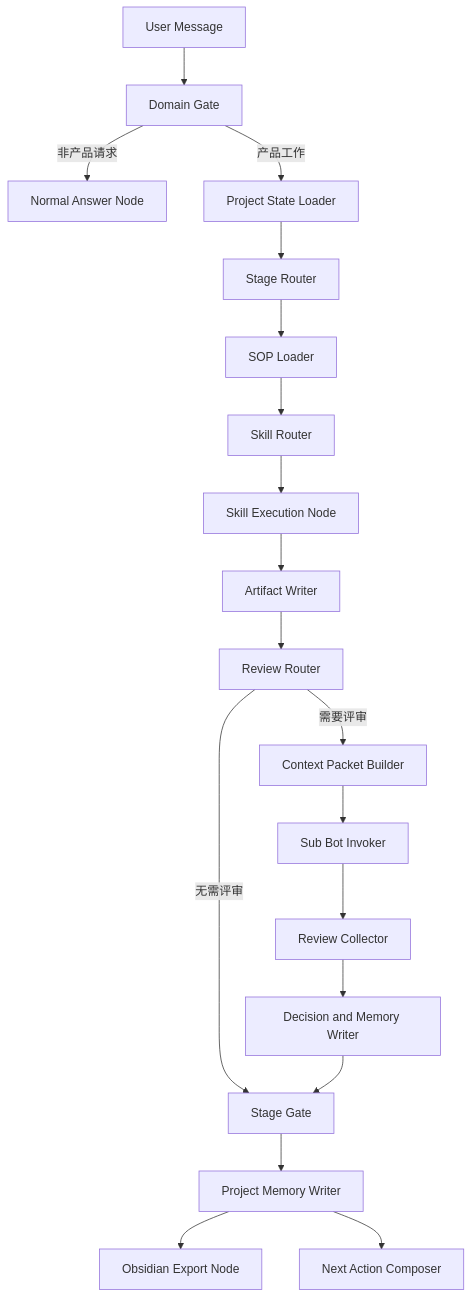
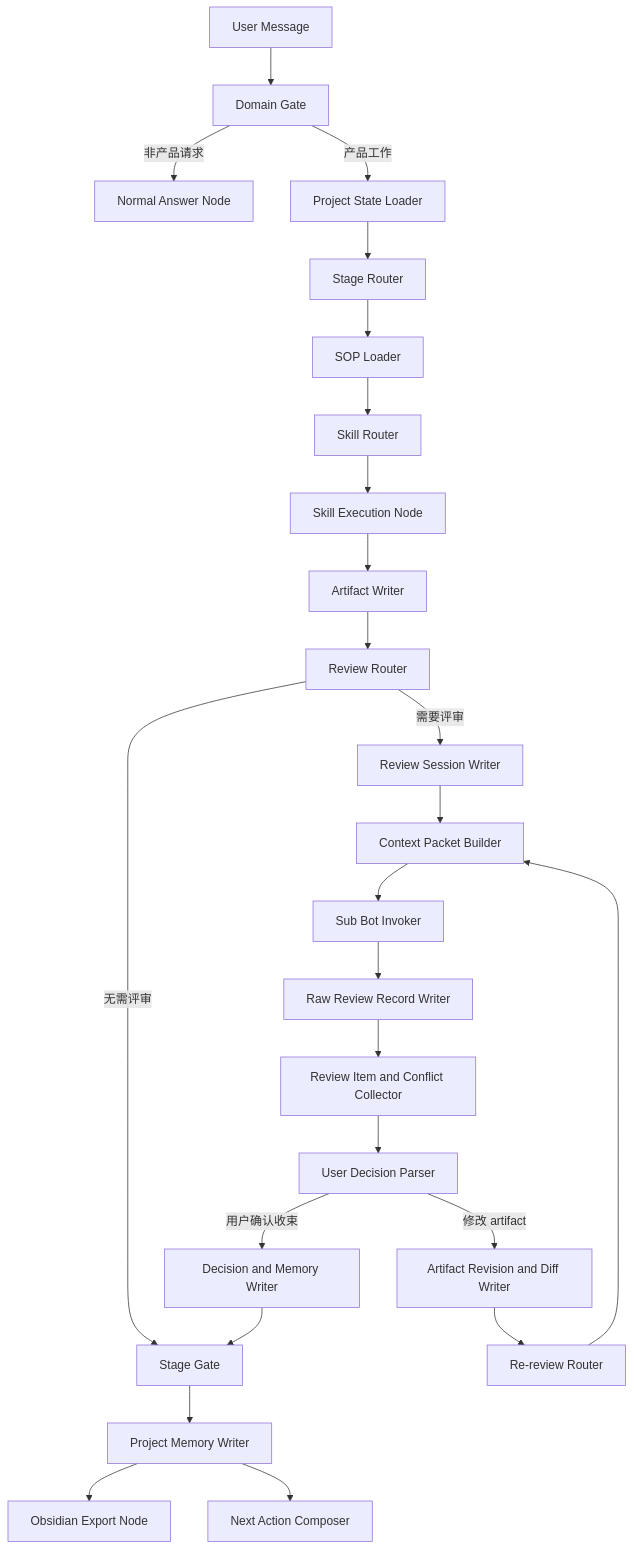
Before and after one commit to BreezeTong77/product-crew-os: the diagram in product-crew-os-skill/references/coze-runtime-blueprint.md, drawn with Mermaid. The commit also changed other lines of this file and 26 other files, not shown here.

Commit message:
chore: refine runtime-backed review loop and project memory workflow

````diff
--- a/product-crew-os-skill/references/coze-runtime-blueprint.md
+++ b/product-crew-os-skill/references/coze-runtime-blueprint.md
@@ -40,21 +40,27 @@
 ```mermaid
 flowchart TD
   A["User Message"] --> B["Domain Gate"]
   B -->|非产品请求| C["Normal Answer Node"]
   B -->|产品工作| D["Project State Loader"]
   D --> E["Stage Router"]
   E --> F["SOP Loader"]
   F --> G["Skill Router"]
   G --> H["Skill Execution Node"]
   H --> I["Artifact Writer"]
   I --> J["Review Router"]
   J -->|无需评审| N["Stage Gate"]
-  J -->|需要评审| K["Context Packet Builder"]
+  J -->|需要评审| S["Review Session Writer"]
+  S --> K["Context Packet Builder"]
   K --> L["Sub Bot Invoker"]
-  L --> M["Review Collector"]
-  M --> O["Decision and Memory Writer"]
-  O --> N["Stage Gate"]
+  L --> M["Raw Review Record Writer"]
+  M --> O["Review Item and Conflict Collector"]
+  O --> U["User Decision Parser"]
+  U -->|修改 artifact| V["Artifact Revision and Diff Writer"]
+  V --> W["Re-review Router"]
+  W --> K
+  U -->|用户确认收束| X["Decision and Memory Writer"]
+  X --> N["Stage Gate"]
   N --> P["Project Memory Writer"]
   P --> Q["Obsidian Export Node"]
   P --> R["Next Action Composer"]
 ```
````
